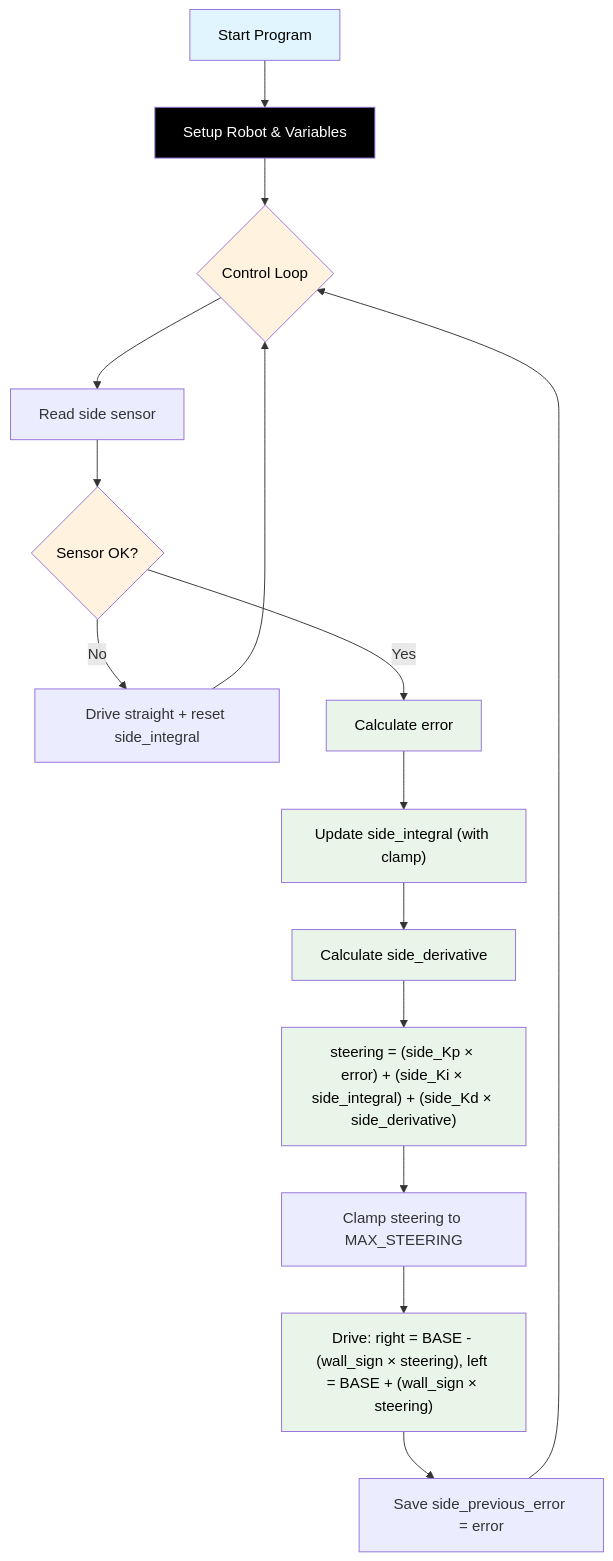
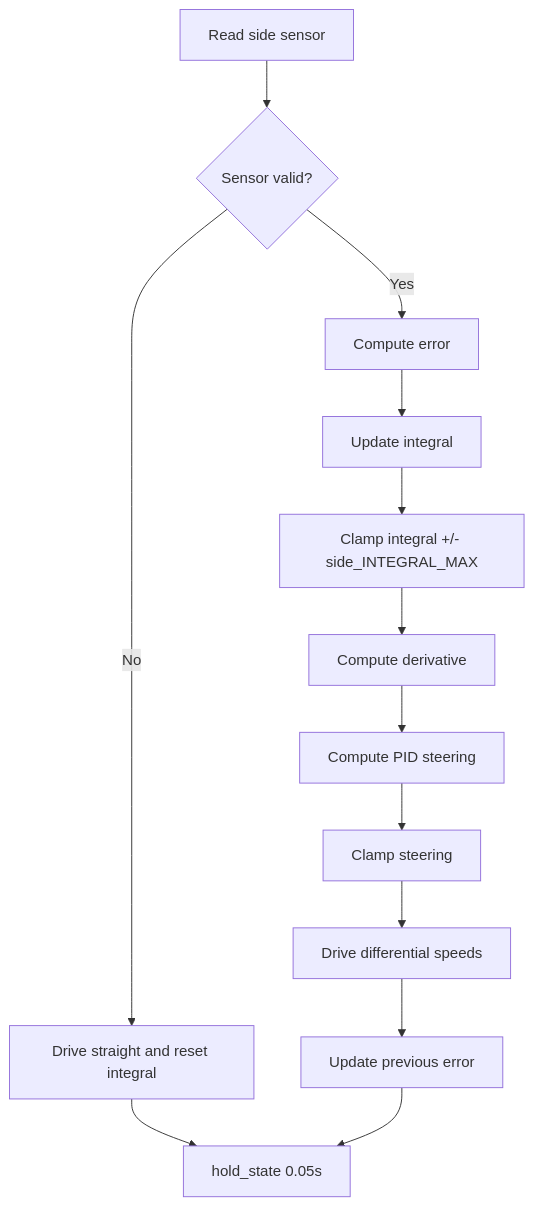
One commit to TempeHS/RP2040_Competition_Robot changed the diagram in docs/Challenge_3.md. Above: the diagram before and after it, drawn with Mermaid. The commit also changed other lines of this file and 14 other files, not shown here.

````diff
--- a/docs/Challenge_3.md
+++ b/docs/Challenge_3.md
@@ -29,27 +49,15 @@
 ```mermaid
 flowchart TD
-    A[Start Program] --> B[Setup Robot & Variables]
-    B --> C{Control Loop}
-    C --> D[Read side sensor]
-    D --> E{Sensor OK?}
-    E -- No --> F[Drive straight + reset side_integral]
-    F --> C
-    E -- Yes --> G[Calculate error]
-    G --> H["Update side_integral (with clamp)"]
-    H --> I[Calculate side_derivative]
-    I --> J["steering = (side_Kp × error) + (side_Ki × side_integral) + (side_Kd × side_derivative)"]
-    J --> K[Clamp steering to MAX_STEERING]
-    K --> L["Drive: right = BASE - (wall_sign × steering), left = BASE + (wall_sign × steering)"]
-    L --> M[Save side_previous_error = error]
-    M --> C
-
-    style A fill:#e1f5fe,color:#000000
-    style B fill:#000000,color:#ffffff
-    style C fill:#fff3e0,color:#000000
-    style E fill:#fff3e0,color:#000000
-    style G fill:#e8f5e8,color:#000000
-    style H fill:#e8f5e8,color:#000000
-    style I fill:#e8f5e8,color:#000000
-    style J fill:#e8f5e8,color:#000000
-    style L fill:#e8f5e8,color:#000000
+    A[Read side sensor] --> B{Sensor valid?}
+    B -- No --> C[Drive straight and reset integral]
+    C --> L[hold_state 0.05s]
+    B -- Yes --> D[Compute error]
+    D --> E[Update integral]
+    E --> F[Clamp integral +/- side_INTEGRAL_MAX]
+    F --> G[Compute derivative]
+    G --> H[Compute PID steering]
+    H --> I[Clamp steering]
+    I --> J[Drive differential speeds]
+    J --> K[Update previous error]
+    K --> L
 ```
````
